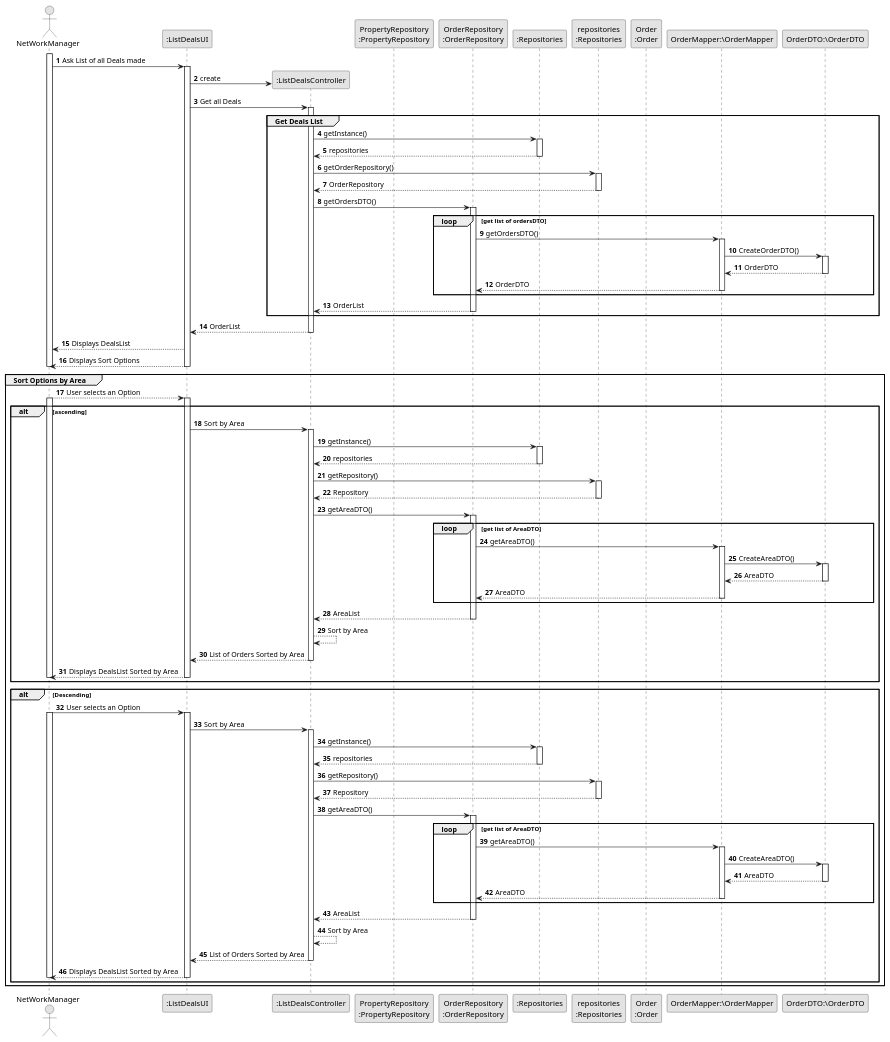
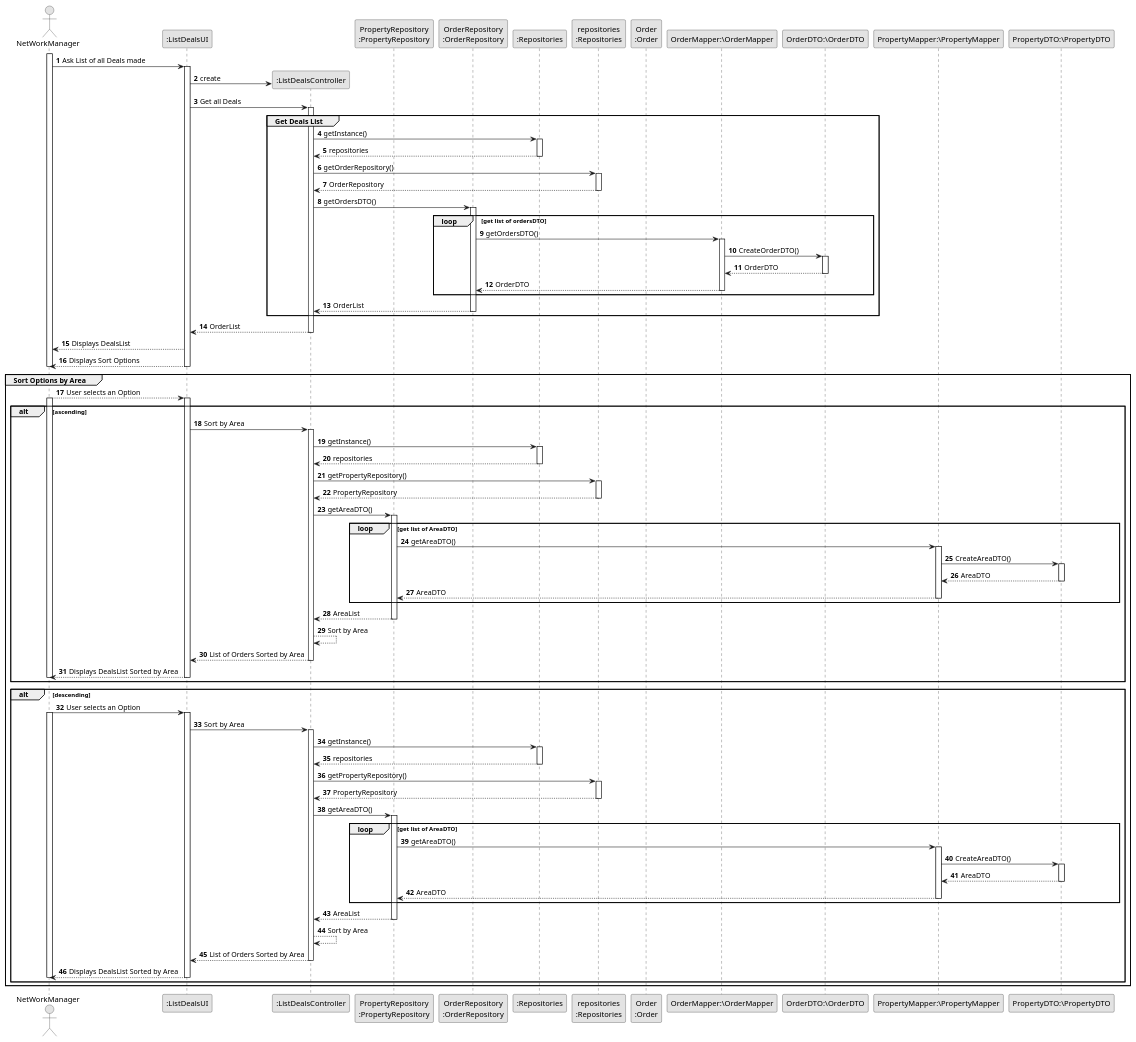
Before and after one commit to hugosilva2901/lei-22-s2-1DO-g68: the diagram in lei-22-s2-1do-g68/docs/SprintD/us017/03.design/puml/us017-sequence-diagram-full.puml, drawn with PlantUML.

Commit message:
Us017 Design Ssd Full Updated

```diff
--- a/lei-22-s2-1do-g68/docs/SprintD/us017/03.design/puml/us017-sequence-diagram-full.puml
+++ b/lei-22-s2-1do-g68/docs/SprintD/us017/03.design/puml/us017-sequence-diagram-full.puml
@@ -1,165 +1,167 @@
 @startuml
 skinparam monochrome true
 skinparam packageStyle rectangle
 skinparam shadowing false
 
 autonumber
 
 'hide footbox
 actor "NetWorkManager" as nm
 participant ":ListDealsUI" as UI
 participant ":ListDealsController" as CTRL
 participant "PropertyRepository\n:PropertyRepository" as PropertyRepository
 participant "OrderRepository\n:OrderRepository" as OrderRepository
 participant ":Repositories" as RepositorySingleton
 participant "repositories\n:Repositories" as PLAT
 participant "Order\n:Order" as TAREFA
 participant "OrderMapper:\OrderMapper" as Mapper
 participant "OrderDTO:\OrderDTO" as DTO
+participant "PropertyMapper:\PropertyMapper" as PMapper
+participant "PropertyDTO:\PropertyDTO" as PDTO
 
 activate nm
 
     nm -> UI : Ask List of all Deals made
 
     activate UI
 
         UI -> CTRL** : create
 
     UI-> CTRL : Get all Deals
     activate CTRL
 
     group Get Deals List
 
 
             CTRL -> RepositorySingleton : getInstance()
             activate RepositorySingleton
 
                 RepositorySingleton --> CTRL: repositories
             deactivate RepositorySingleton
 
             CTRL -> PLAT : getOrderRepository()
             activate PLAT
 
             PLAT --> CTRL: OrderRepository
             deactivate PLAT
 
             CTRL -> OrderRepository : getOrdersDTO()
             loop get list of ordersDTO
             activate OrderRepository
               OrderRepository->Mapper:getOrdersDTO()
             activate Mapper
 
             Mapper->DTO:CreateOrderDTO()
 
             activate DTO
             DTO-->Mapper:OrderDTO
             deactivate DTO
             Mapper-->OrderRepository:OrderDTO
             deactivate Mapper
             end
                 OrderRepository --> CTRL : OrderList
             deactivate OrderRepository
     end group
 
 
 
     UI<-- CTRL  : OrderList
     deactivate CTRL
 
     UI --> nm : Displays DealsList
 
     UI --> nm : Displays Sort Options
     deactivate UI
     deactivate nm
 
 group Sort Options by Area
 
     nm --> UI : User selects an Option
     activate nm
     activate UI
 
     alt ascending
         UI -> CTRL : Sort by Area
         activate CTRL
 
                 CTRL -> RepositorySingleton : getInstance()
                 activate RepositorySingleton
 
                 RepositorySingleton --> CTRL: repositories
                 deactivate RepositorySingleton
 
-                CTRL -> PLAT : getRepository()
+                CTRL -> PLAT : getPropertyRepository()
                 activate PLAT
 
-                PLAT --> CTRL: Repository
+                PLAT --> CTRL: PropertyRepository
                 deactivate PLAT
 
-                CTRL -> OrderRepository : getAreaDTO()
+                CTRL -> PropertyRepository : getAreaDTO()
                 loop get list of AreaDTO
-                activate OrderRepository
-                  OrderRepository->Mapper:getAreaDTO()
-                activate Mapper
+                activate PropertyRepository
+                  PropertyRepository->PMapper:getAreaDTO()
+                activate PMapper
 
-                Mapper->DTO:CreateAreaDTO()
+                PMapper->PDTO:CreateAreaDTO()
 
-                activate DTO
-                DTO-->Mapper:AreaDTO
-                deactivate DTO
-                Mapper-->OrderRepository:AreaDTO
-                deactivate Mapper
+                activate PDTO
+                PDTO-->PMapper:AreaDTO
+                deactivate PDTO
+                PMapper-->PropertyRepository:AreaDTO
+                deactivate PMapper
                 end
-                    OrderRepository --> CTRL : AreaList
-                deactivate OrderRepository
+                    PropertyRepository --> CTRL : AreaList
+                deactivate PropertyRepository
                 CTRL-->CTRL : Sort by Area
                 CTRL--> UI : List of Orders Sorted by Area
                 deactivate CTRL
                 UI --> nm : Displays DealsList Sorted by Area
                 deactivate UI
                 deactivate nm
     end alt
 
-    alt Descending
-            nm-> UI : User selects an Option
-            activate nm
-            activate UI
+    alt descending
+        nm->UI: User selects an Option
+        activate nm
+        activate UI
 
-            UI -> CTRL : Sort by Area
-            activate CTRL
+        UI -> CTRL : Sort by Area
+        activate CTRL
 
-                    CTRL -> RepositorySingleton : getInstance()
-                    activate RepositorySingleton
+                CTRL -> RepositorySingleton : getInstance()
+                activate RepositorySingleton
 
-                    RepositorySingleton --> CTRL: repositories
-                    deactivate RepositorySingleton
+                RepositorySingleton --> CTRL: repositories
+                deactivate RepositorySingleton
 
-                    CTRL -> PLAT : getRepository()
-                    activate PLAT
+                CTRL -> PLAT : getPropertyRepository()
+                activate PLAT
 
-                    PLAT --> CTRL: Repository
-                    deactivate PLAT
+                PLAT --> CTRL: PropertyRepository
+                deactivate PLAT
 
-                    CTRL -> OrderRepository : getAreaDTO()
-                    loop get list of AreaDTO
-                    activate OrderRepository
-                      OrderRepository->Mapper:getAreaDTO()
-                    activate Mapper
+                CTRL -> PropertyRepository : getAreaDTO()
+                loop get list of AreaDTO
+                activate PropertyRepository
+                  PropertyRepository->PMapper:getAreaDTO()
+                activate PMapper
 
-                    Mapper->DTO:CreateAreaDTO()
+                PMapper->PDTO:CreateAreaDTO()
 
-                    activate DTO
-                    DTO-->Mapper:AreaDTO
-                    deactivate DTO
-                    Mapper-->OrderRepository:AreaDTO
-                    deactivate Mapper
-                    end
-                        OrderRepository --> CTRL : AreaList
-                    deactivate OrderRepository
-                    CTRL-->CTRL : Sort by Area
-                    CTRL--> UI : List of Orders Sorted by Area
-                    deactivate CTRL
-                    UI --> nm : Displays DealsList Sorted by Area
-                    deactivate UI
-                    deactivate nm
-        end alt
-    end group
+                activate PDTO
+                PDTO-->PMapper:AreaDTO
+                deactivate PDTO
+                PMapper-->PropertyRepository:AreaDTO
+                deactivate PMapper
+                end
+                    PropertyRepository --> CTRL : AreaList
+                deactivate PropertyRepository
+                CTRL-->CTRL : Sort by Area
+                CTRL--> UI : List of Orders Sorted by Area
+                deactivate CTRL
+                UI --> nm : Displays DealsList Sorted by Area
+                deactivate UI
+                deactivate nm
+    end alt
+end group
 @enduml
```
